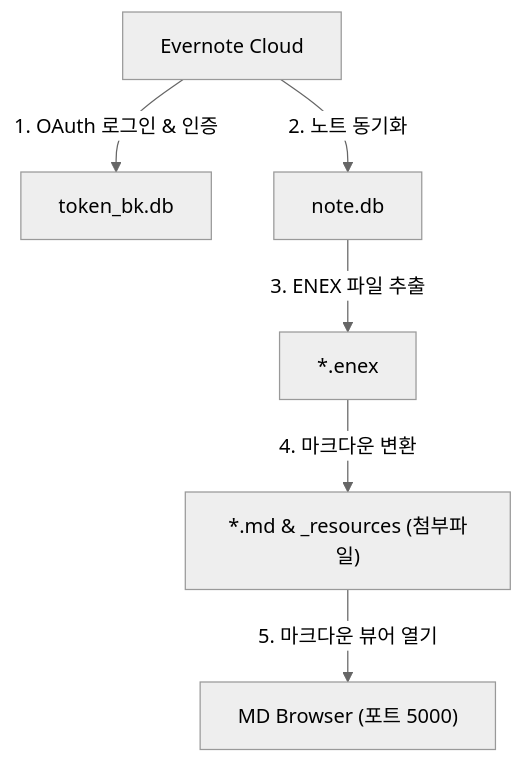
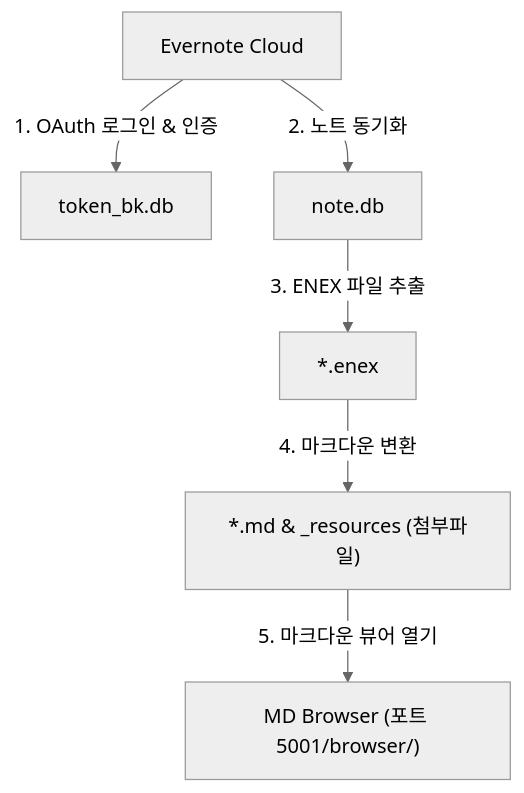
One commit to wangsung/EvBackup changed the diagram in README.md. Above: the diagram before and after it, drawn with Mermaid (neutral theme). The commit also changed other lines of this file and 6 other files, not shown here.

````diff
--- a/README.md
+++ b/README.md
@@ -9,8 +9,8 @@
 ```mermaid
 graph TD
     A["Evernote Cloud"] -- "1. OAuth 로그인 & 인증" --> B["token_bk.db"]
     A -- "2. 노트 동기화" --> C["note.db"]
     C -- "3. ENEX 파일 추출" --> D["*.enex"]
     D -- "4. 마크다운 변환" --> E["*.md & _resources (첨부파일)"]
-    E -- "5. 마크다운 뷰어 열기" --> F["MD Browser (포트 5000)"]
+    E -- "5. 마크다운 뷰어 열기" --> F["MD Browser (포트 5001/browser/)"]
 ```
````
